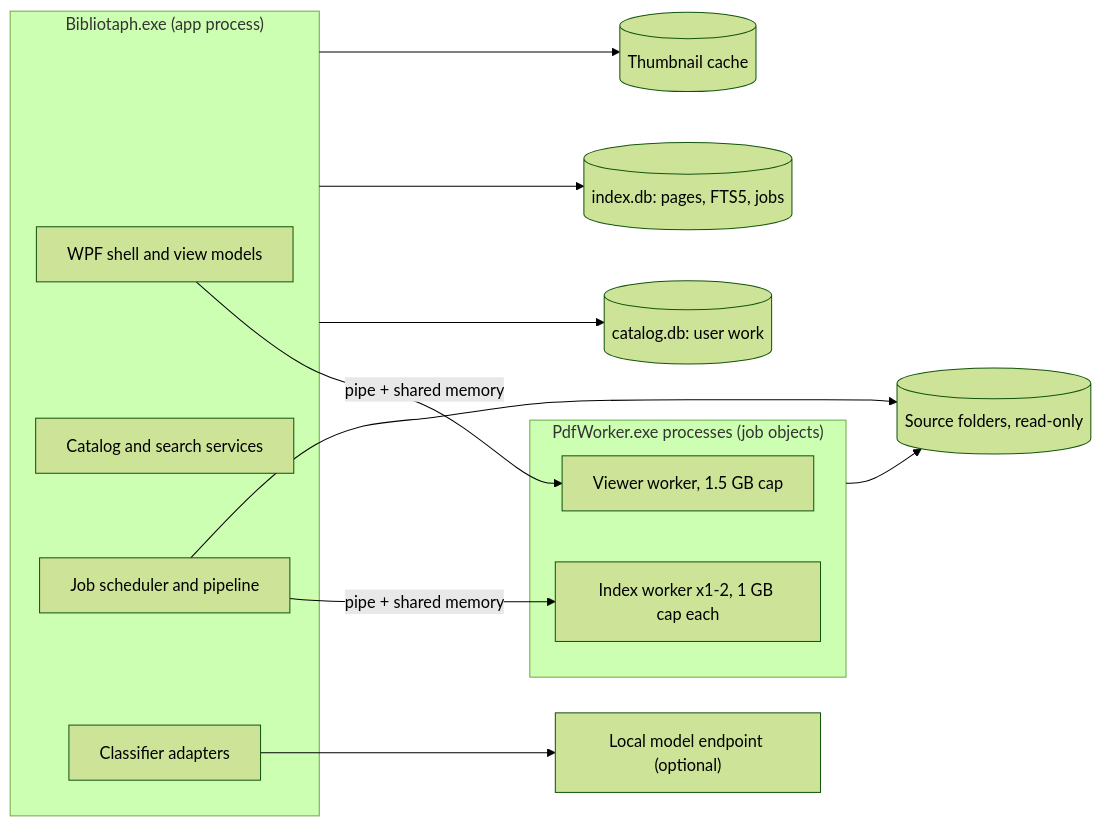
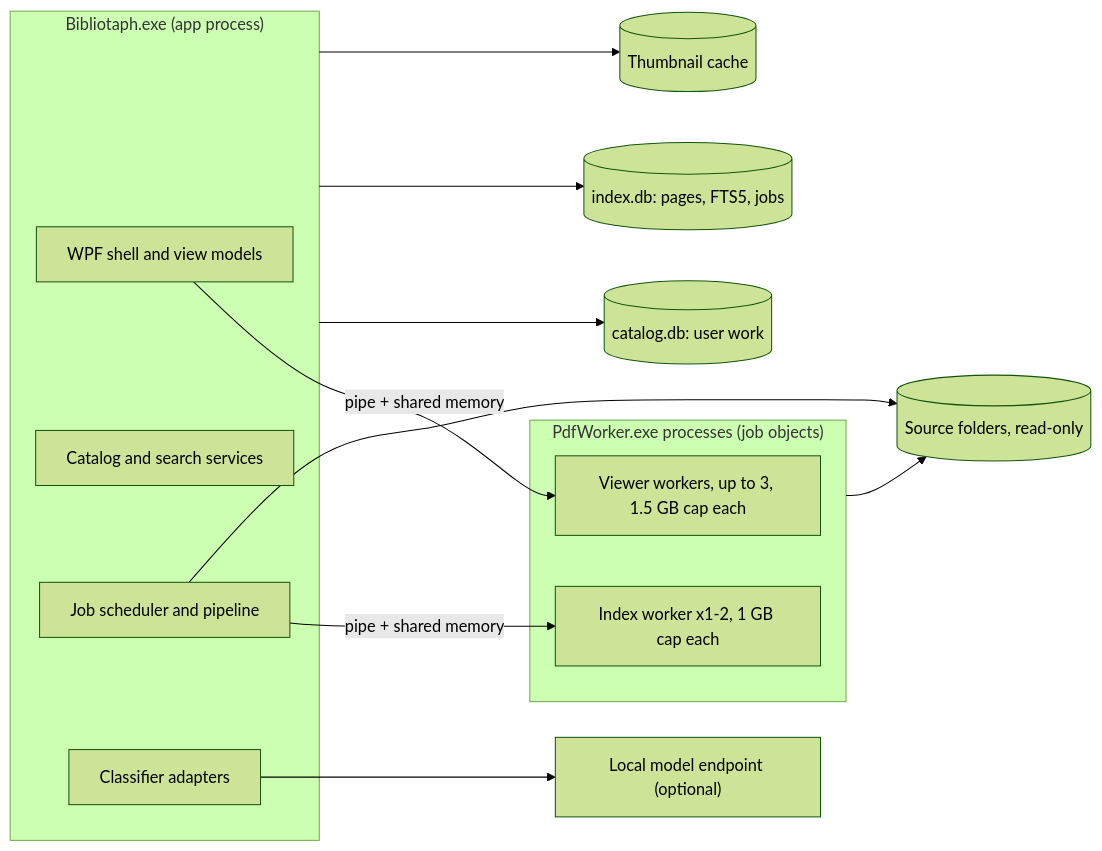
The diagram in docs/architecture.md (munkycdev/bibliotaph), drawn with Mermaid (forest theme) before and after one commit. The commit also changed other lines of this file, not shown here.

Commit message:
Describe the viewer workers that pop-out windows added
Since 4a each window showing a PDF has its own viewer worker, up to three,
so the process table and diagram no longer describe a single viewer slot.

Claude-Session: https://claude.ai/code/session_01FdwxQrtH5LyqMMKwU6CEsi

````diff
--- a/docs/architecture.md
+++ b/docs/architecture.md
@@ -28,21 +28,21 @@
 ```mermaid
 flowchart LR
   subgraph App["Bibliotaph.exe (app process)"]
     Shell["WPF shell and view models"]
     Services["Catalog and search services"]
     Scheduler["Job scheduler and pipeline"]
     Classifier["Classifier adapters"]
   end
   subgraph Workers["PdfWorker.exe processes (job objects)"]
-    Viewer["Viewer worker, 1.5 GB cap"]
+    Viewer["Viewer workers, up to 3, 1.5 GB cap each"]
     Indexer["Index worker x1-2, 1 GB cap each"]
   end
   Shell -->|pipe + shared memory| Viewer
   Scheduler -->|pipe + shared memory| Indexer
   Classifier --> AI["Local model endpoint (optional)"]
   App --> Catalog[("catalog.db: user work")]
   App --> Index[("index.db: pages, FTS5, jobs")]
   App --> Cache[("Thumbnail cache")]
   Workers --> Sources[("Source folders, read-only")]
   Scheduler --> Sources
 ```
````
